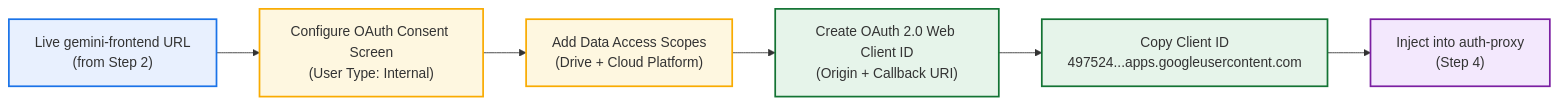
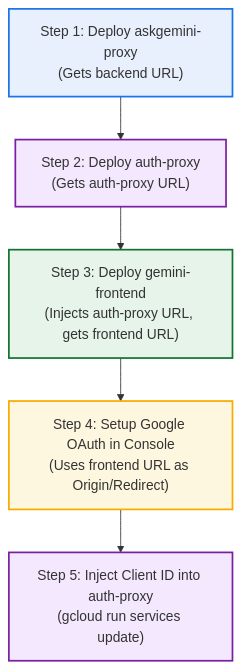
The diagram in DEPLOYMENT_INSTRUCTIONS.md (guruvittal/gemini-for-office-365), drawn with Mermaid before and after one commit. The commit also changed other lines of this file, not shown here.

Commit message:
docs: streamline Track 2 deployment steps to linear 5-step flow resolving circular URL dependency

````diff
--- a/DEPLOYMENT_INSTRUCTIONS.md
+++ b/DEPLOYMENT_INSTRUCTIONS.md
@@ -400,15 +357,13 @@
 ```mermaid
-flowchart LR
-    A["Live gemini-frontend URL<br/>(from Step 2)"] --> B["Configure OAuth Consent Screen<br/>(User Type: Internal)"]
-    B --> C["Add Data Access Scopes<br/>(Drive + Cloud Platform)"]
-    C --> D["Create OAuth 2.0 Web Client ID<br/>(Origin + Callback URI)"]
-    D --> E["Copy Client ID<br/>497524...apps.googleusercontent.com"]
-    E --> F["Inject into auth-proxy<br/>(Step 4)"]
+flowchart TD
+    S1["Step 1: Deploy askgemini-proxy<br/>(Gets backend URL)"] --> S2["Step 2: Deploy auth-proxy<br/>(Gets auth-proxy URL)"]
+    S2 --> S3["Step 3: Deploy gemini-frontend<br/>(Injects auth-proxy URL, gets frontend URL)"]
+    S3 --> S4["Step 4: Setup Google OAuth in Console<br/>(Uses frontend URL as Origin/Redirect)"]
+    S4 --> S5["Step 5: Inject Client ID into auth-proxy<br/>(gcloud run services update)"]
 
-    style A fill:#e8f0fe,stroke:#1a73e8,stroke-width:2px;
-    style B fill:#fef7e0,stroke:#f9ab00,stroke-width:2px;
-    style C fill:#fef7e0,stroke:#f9ab00,stroke-width:2px;
-    style D fill:#e6f4ea,stroke:#137333,stroke-width:2px;
-    style E fill:#e6f4ea,stroke:#137333,stroke-width:2px;
-    style F fill:#f3e8fd,stroke:#7b1fa2,stroke-width:2px;
+    style S1 fill:#e8f0fe,stroke:#1a73e8,stroke-width:2px;
+    style S2 fill:#f3e8fd,stroke:#7b1fa2,stroke-width:2px;
+    style S3 fill:#e6f4ea,stroke:#137333,stroke-width:2px;
+    style S4 fill:#fef7e0,stroke:#f9ab00,stroke-width:2px;
+    style S5 fill:#f3e8fd,stroke:#7b1fa2,stroke-width:2px;
 ```
````
